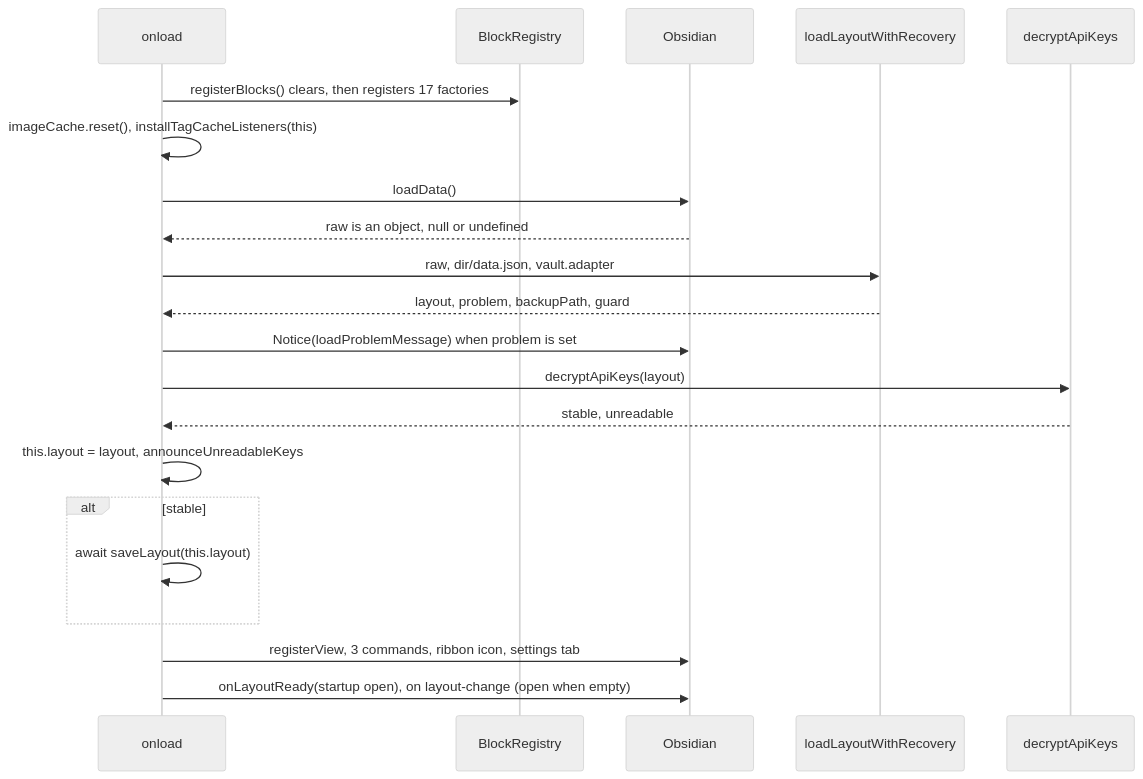
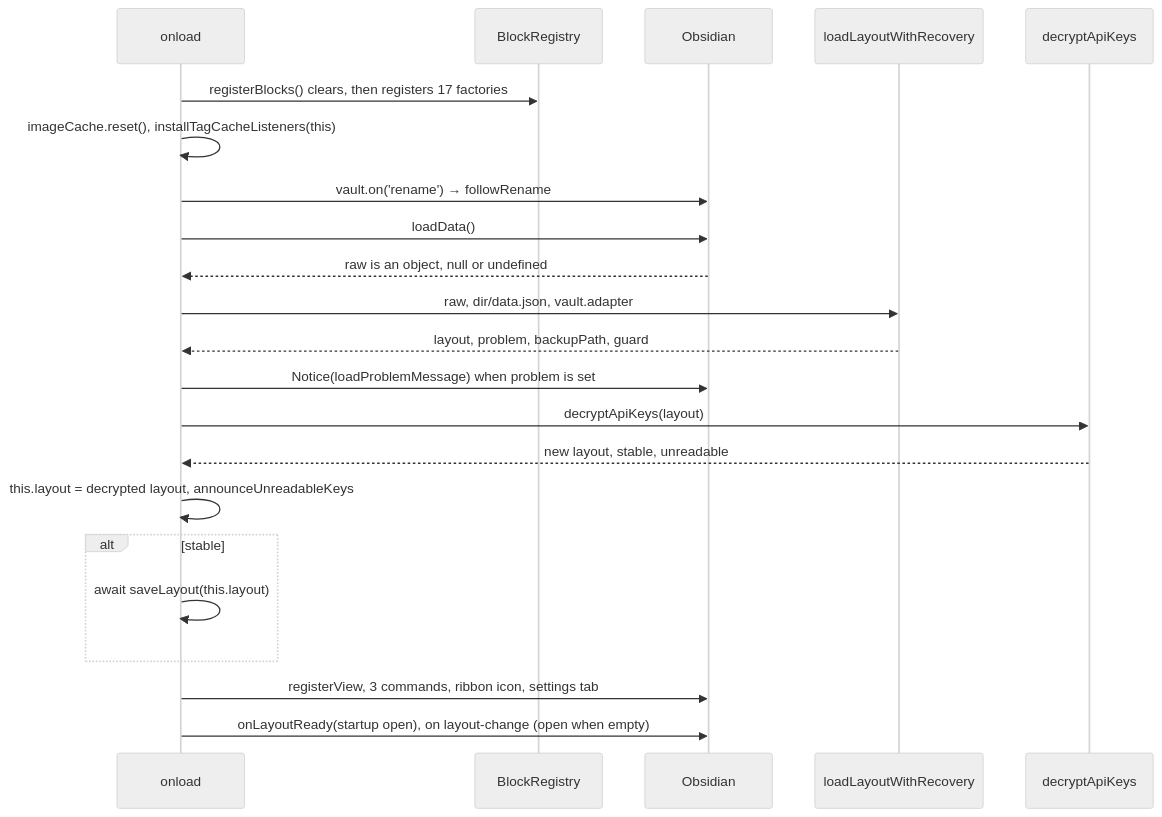
One commit to acaprino/obsidian-plugin-homepage changed the third of 3 diagrams in docs/api/plugin.md. Above: the diagram before and after it, drawn with Mermaid (neutral theme). The commit also changed other lines of this file and 10 other files, not shown here.

````diff
--- a/docs/api/plugin.md
+++ b/docs/api/plugin.md
@@ -164,23 +178,24 @@
 ```mermaid
 sequenceDiagram
   participant P as onload
   participant R as BlockRegistry
   participant O as Obsidian
   participant L as loadLayoutWithRecovery
   participant K as decryptApiKeys
   P->>R: registerBlocks() clears, then registers 17 factories
   P->>P: imageCache.reset(), installTagCacheListeners(this)
+  P->>O: vault.on('rename') → followRename
   P->>O: loadData()
   O-->>P: raw is an object, null or undefined
   P->>L: raw, dir/data.json, vault.adapter
   L-->>P: layout, problem, backupPath, guard
   P->>O: Notice(loadProblemMessage) when problem is set
   P->>K: decryptApiKeys(layout)
-  K-->>P: stable, unreadable
-  P->>P: this.layout = layout, announceUnreadableKeys
+  K-->>P: new layout, stable, unreadable
+  P->>P: this.layout = decrypted layout, announceUnreadableKeys
   alt stable
     P->>P: await saveLayout(this.layout)
   end
   P->>O: registerView, 3 commands, ribbon icon, settings tab
   P->>O: onLayoutReady(startup open), on layout-change (open when empty)
 ```
````
